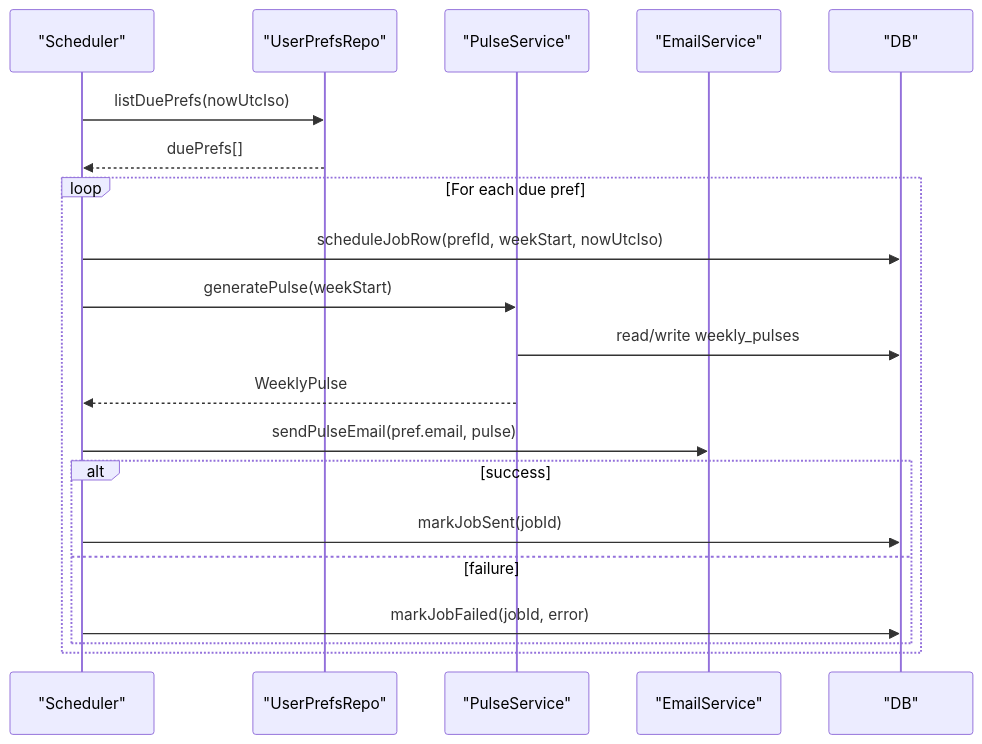
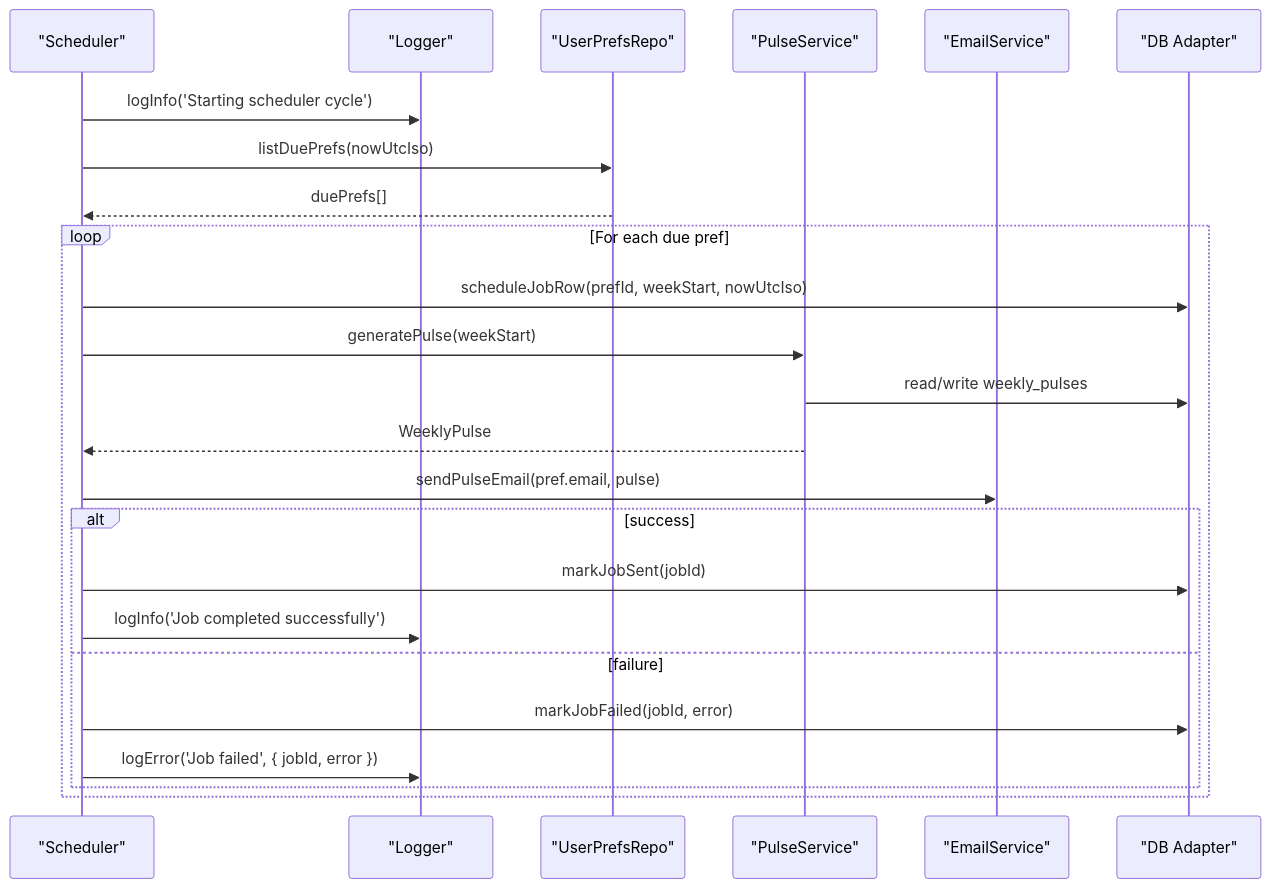
The ninth of 11 diagrams in .qoder/repowiki/en/content/API Reference/Phase 2 API Endpoints.md (aravinthraj-ramalingam/Groww-App-Review-Insights-Analyzer-), drawn with Mermaid before and after one commit. The commit also changed other lines of this file and 10 other files, not shown here.

````diff
--- a/.qoder/repowiki/en/content/API Reference/Phase 2 API Endpoints.md
+++ b/.qoder/repowiki/en/content/API Reference/Phase 2 API Endpoints.md
@@ -511,22 +588,26 @@
 ```mermaid
 sequenceDiagram
 participant Sch as "Scheduler"
+participant L as "Logger"
 participant Pref as "UserPrefsRepo"
 participant Gen as "PulseService"
 participant Mail as "EmailService"
-participant DB as "DB"
+participant DB as "DB Adapter"
+Sch->>L : logInfo('Starting scheduler cycle')
 Sch->>Pref : listDuePrefs(nowUtcIso)
 Pref-->>Sch : duePrefs[]
 loop For each due pref
 Sch->>DB : scheduleJobRow(prefId, weekStart, nowUtcIso)
 Sch->>Gen : generatePulse(weekStart)
 Gen->>DB : read/write weekly_pulses
 Gen-->>Sch : WeeklyPulse
 Sch->>Mail : sendPulseEmail(pref.email, pulse)
 alt success
 Sch->>DB : markJobSent(jobId)
+Sch->>L : logInfo('Job completed successfully')
 else failure
 Sch->>DB : markJobFailed(jobId, error)
+Sch->>L : logError('Job failed', { jobId, error })
 end
 end
 ```
````
